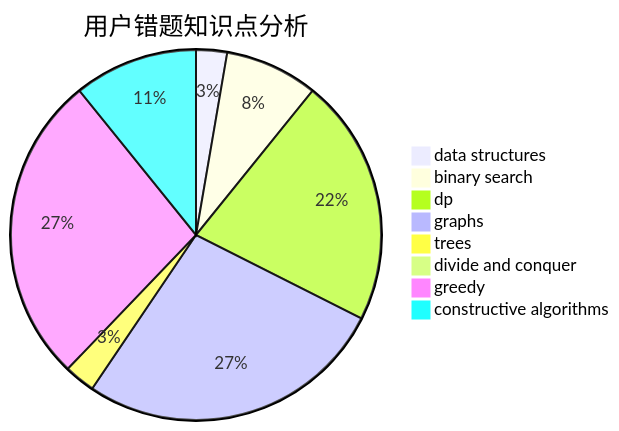
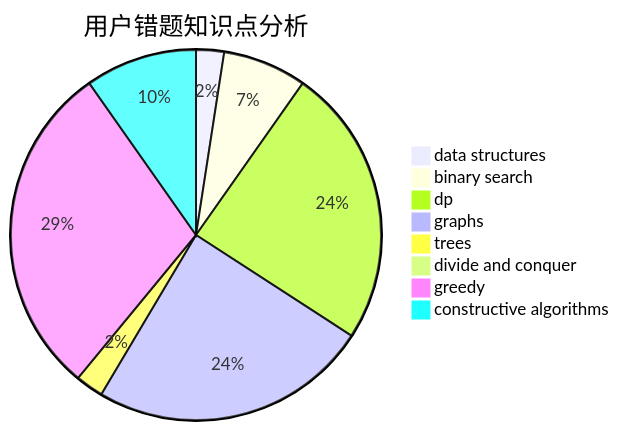
Before and after one commit to sherpahu/cfrs.github.io: the third of 3 diagrams in docs/user/u275.md, drawn with Mermaid. The commit also changed other lines of this file and 2770 other files, not shown here.

````diff
--- a/docs/user/u275.md
+++ b/docs/user/u275.md
@@ -36,11 +36,11 @@
 ```mermaid
 pie title 用户错题知识点分析
     "data structures" :  1
     "binary search" :  3
-    "dp" :  8
+    "dp" :  10
     "graphs" :  10
     "trees" :  1
     "divide and conquer" :  0
-    "greedy" :  10
+    "greedy" :  12
     "constructive algorithms" :  4
 ```
````
